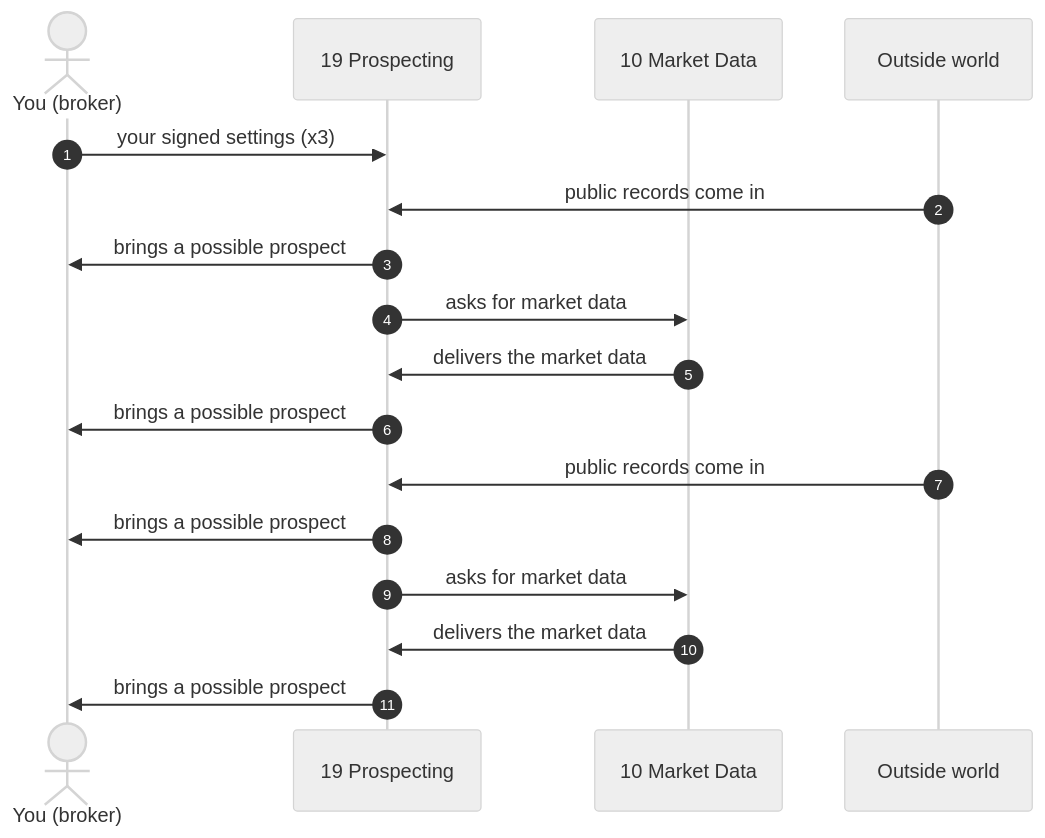
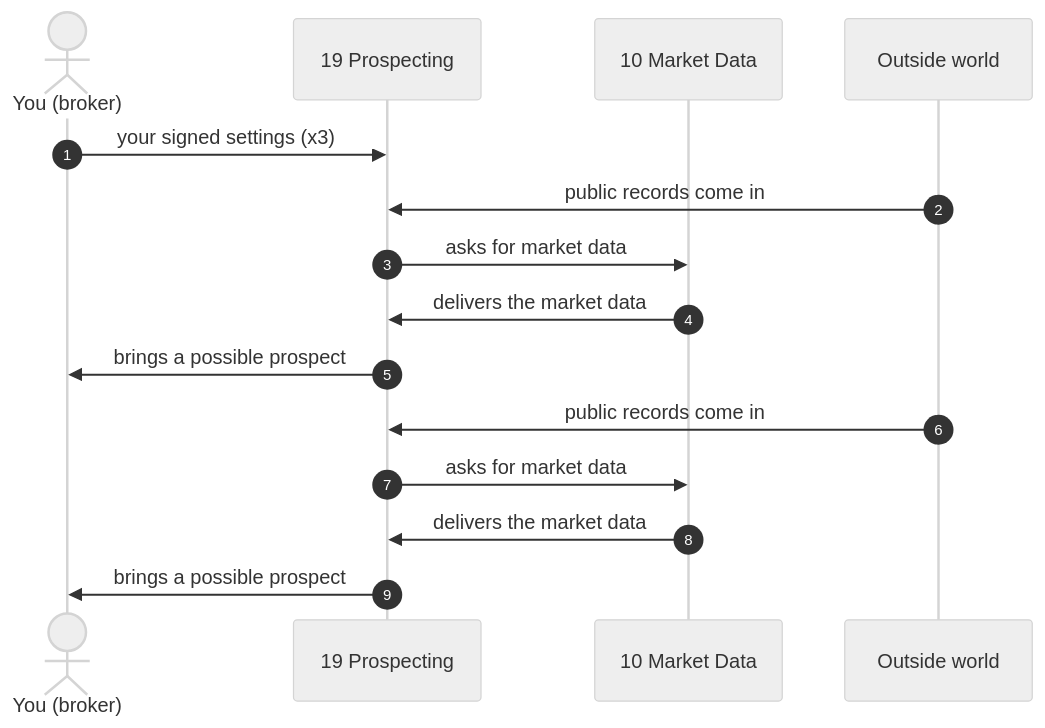
Before and after one commit to QuietFireAI/listing-assistants: diagram 16 of 25 in docs/PLAY-BY-PLAY.md, drawn with Mermaid (neutral theme). The commit also changed other lines of this file and 66 other files, not shown here.

````diff
--- a/docs/PLAY-BY-PLAY.md
+++ b/docs/PLAY-BY-PLAY.md
@@ -831,19 +854,17 @@
 ```mermaid
 sequenceDiagram
     autonumber
     actor B as You (broker)
     participant A19 as 19 Prospecting
     participant A10 as 10 Market Data
     participant X as Outside world
     B->>A19: your signed settings (x3)
     X->>A19: public records come in
-    A19->>B: brings a possible prospect
     A19->>A10: asks for market data
     A10->>A19: delivers the market data
     A19->>B: brings a possible prospect
     X->>A19: public records come in
-    A19->>B: brings a possible prospect
     A19->>A10: asks for market data
     A10->>A19: delivers the market data
     A19->>B: brings a possible prospect
 ```
````
